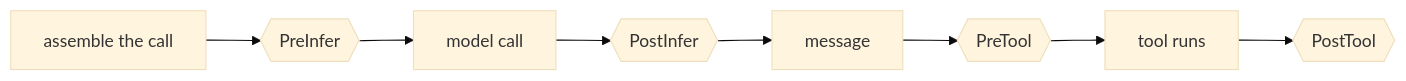
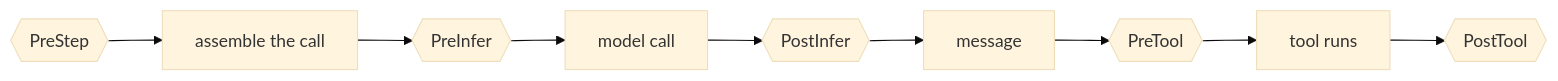
The fourth of 5 diagrams in docs/agent.md (genai-io/sdk-go), drawn with Mermaid (base theme) before and after one commit. The commit also changed other lines of this file and 9 other files, not shown here.

````diff
--- a/docs/agent.md
+++ b/docs/agent.md
@@ -245,10 +245,10 @@
 ```mermaid
 flowchart LR
-    A[assemble the call] --> B{{PreInfer}}
+    Z{{PreStep}} --> A[assemble the call] --> B{{PreInfer}}
     B --> C[model call]
     C --> D{{PostInfer}}
     D --> E[message]
     E --> F{{PreTool}}
     F --> G[tool runs]
     G --> H{{PostTool}}
 ```
````
